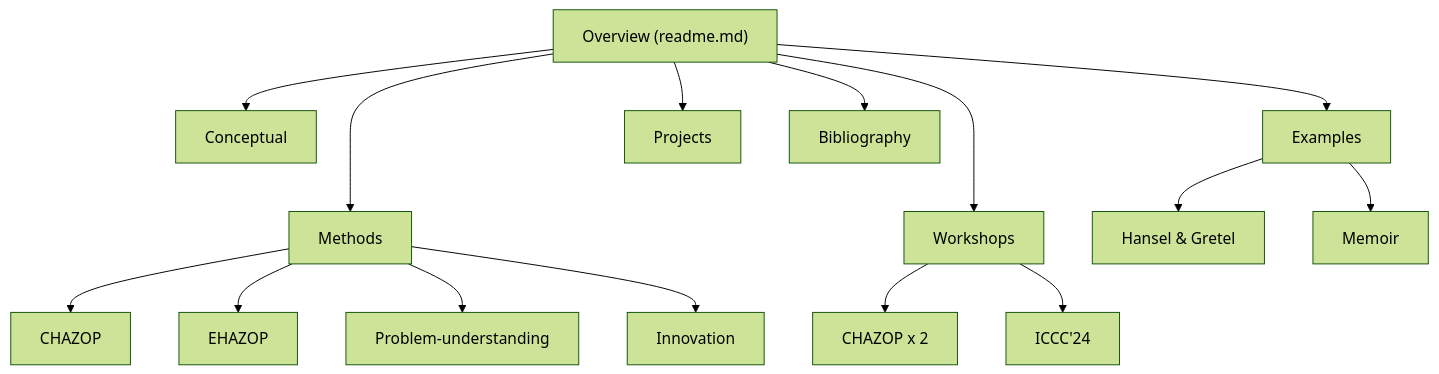
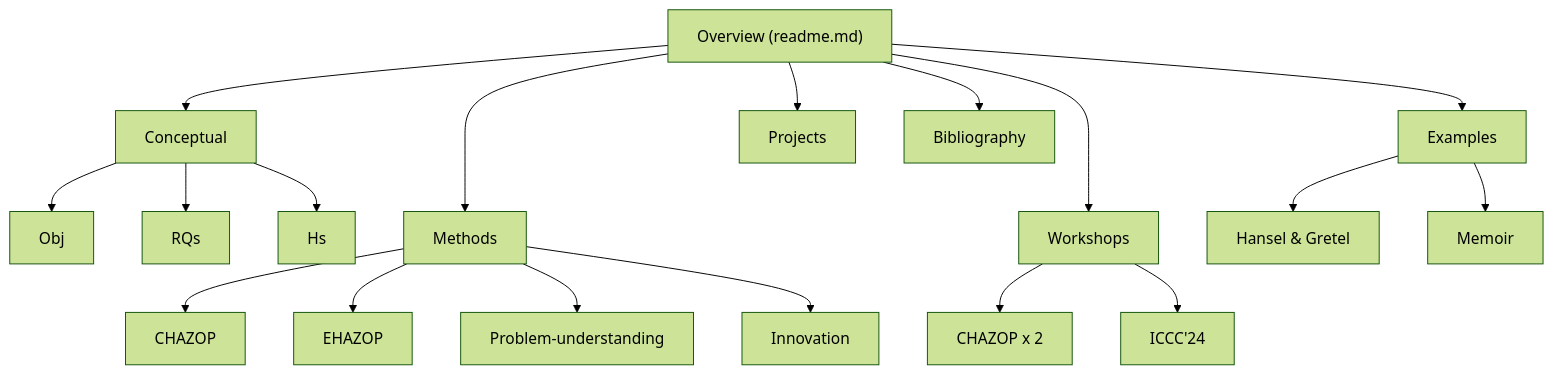
One commit to austenrainer/stoic changed the diagram in docs/roadmap.md. Above: the diagram before and after it, drawn with Mermaid (forest theme).

Commit message:
Update Mermaid diagram

````diff
--- a/docs/roadmap.md
+++ b/docs/roadmap.md
@@ -18,33 +18,39 @@
 ```mermaid
   graph TD;
       A["Overview (readme.md)"];
       Z[Conceptual];
+      Z1[Obj];
+      Z2[RQs];
+      Z3[Hs];
       B[Methods];
       B1[CHAZOP];
       B2[EHAZOP];
       B3[Problem-understanding]
       B4[Innovation]
       F[Workshops];
       F1[CHAZOP x 2]
       F2[ICCC'24]
       G[Examples]
       G1[Hansel & Gretel];
       G2[Memoir]
       H[Projects]
       I[Bibliography]
       A --->B;
       A --->F;
       A -->G;
       A -->Z;
       A -->H;
       A -->I;
       B -->B1;
       B -->B2;
       B -->B3;
       B -->B4;
       F -->F1
       F -->F2;
       G -->G1;
       G -->G2;
+      Z -->Z1;
+      Z -->Z2;
+      Z -->Z3;
      
 ```
````
